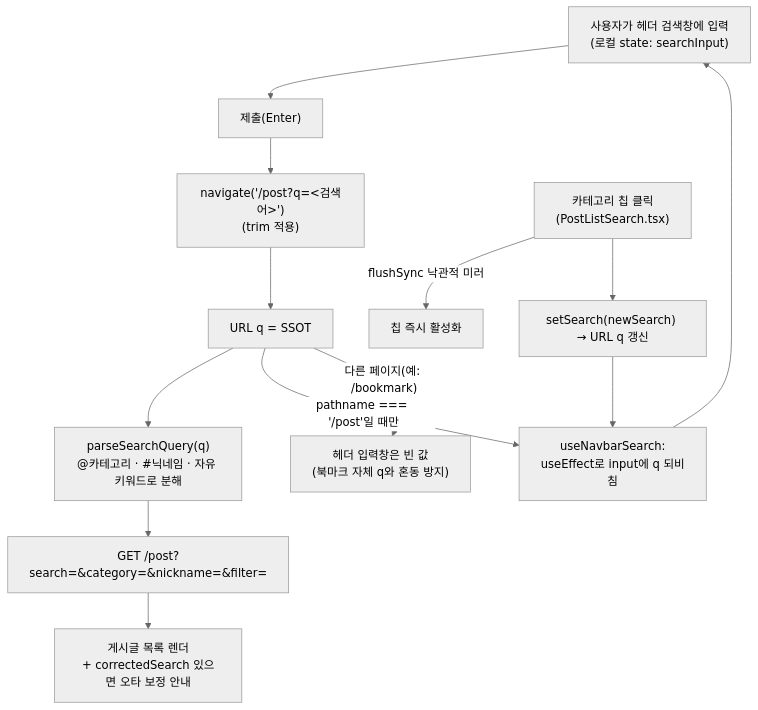
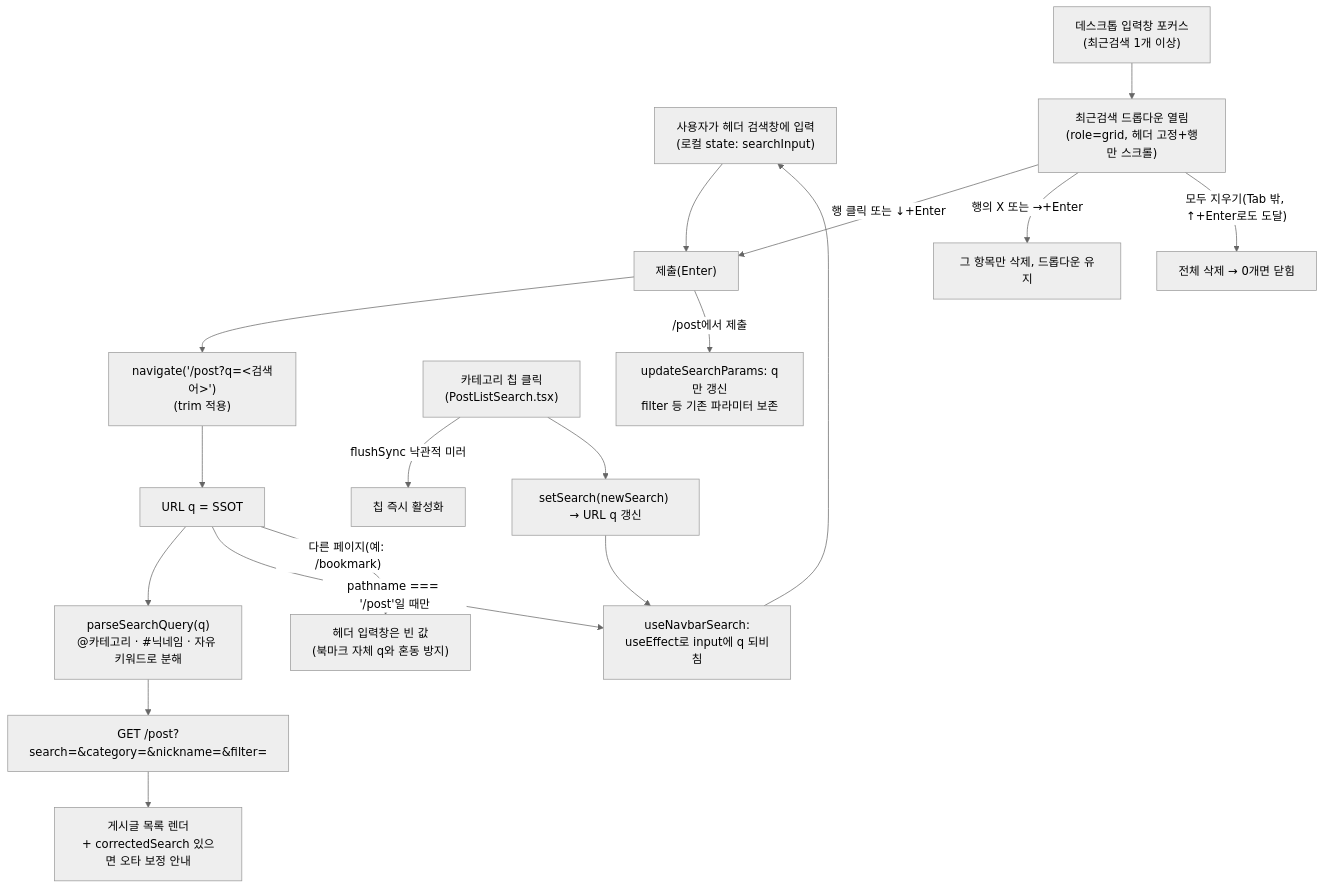
Before and after one commit to BAECHAN/link-sphere_FE_NEW: the first of 2 diagrams in docs/SEARCH.md, drawn with Mermaid (neutral theme). The commit also changed other lines of this file and 8 other files, not shown here.

First line of the commit message:
feat(navbar): 데스크톱 헤더 검색에 최근 검색어 드롭다운 추가

````diff
--- a/docs/SEARCH.md
+++ b/docs/SEARCH.md
@@ -25,18 +26,24 @@
 ```mermaid
 flowchart TD
   Type["사용자가 헤더 검색창에 입력<br/>(로컬 state: searchInput)"] --> Submit["제출(Enter)"]
   Submit --> Navigate["navigate('/post?q=&lt;검색어&gt;')<br/>(trim 적용)"]
   Navigate --> URL["URL q = SSOT"]
   URL --> Parse["parseSearchQuery(q)<br/>@카테고리 · #닉네임 · 자유 키워드로 분해"]
   Parse --> API["GET /post?search=&category=&nickname=&filter="]
   API --> Result["게시글 목록 렌더<br/>+ correctedSearch 있으면 오타 보정 안내"]
 
   URL -->|"pathname === '/post'일 때만"| Mirror["useNavbarSearch:<br/>useEffect로 input에 q 되비침"]
   Mirror --> Type
 
   URL -->|"다른 페이지(예: /bookmark)"| Empty["헤더 입력창은 빈 값<br/>(북마크 자체 q와 혼동 방지)"]
 
   ChipClick["카테고리 칩 클릭<br/>(PostListSearch.tsx)"] -->|"flushSync 낙관적 미러"| ChipUI["칩 즉시 활성화"]
   ChipClick --> Navigate2["setSearch(newSearch) → URL q 갱신"]
   Navigate2 --> Mirror
+
+  Focus["데스크톱 입력창 포커스<br/>(최근검색 1개 이상)"] --> Dropdown["최근검색 드롭다운 열림<br/>(role=grid, 헤더 고정+행만 스크롤)"]
+  Dropdown -->|"행 클릭 또는 ↓+Enter"| Submit
+  Dropdown -->|"행의 X 또는 →+Enter"| RemoveOne["그 항목만 삭제, 드롭다운 유지"]
+  Dropdown -->|"모두 지우기(Tab 밖, ↑+Enter로도 도달)"| ClearAll["전체 삭제 → 0개면 닫힘"]
+  Submit -->|"/post에서 제출"| Preserve["updateSearchParams: q만 갱신<br/>filter 등 기존 파라미터 보존"]
 ```
````
